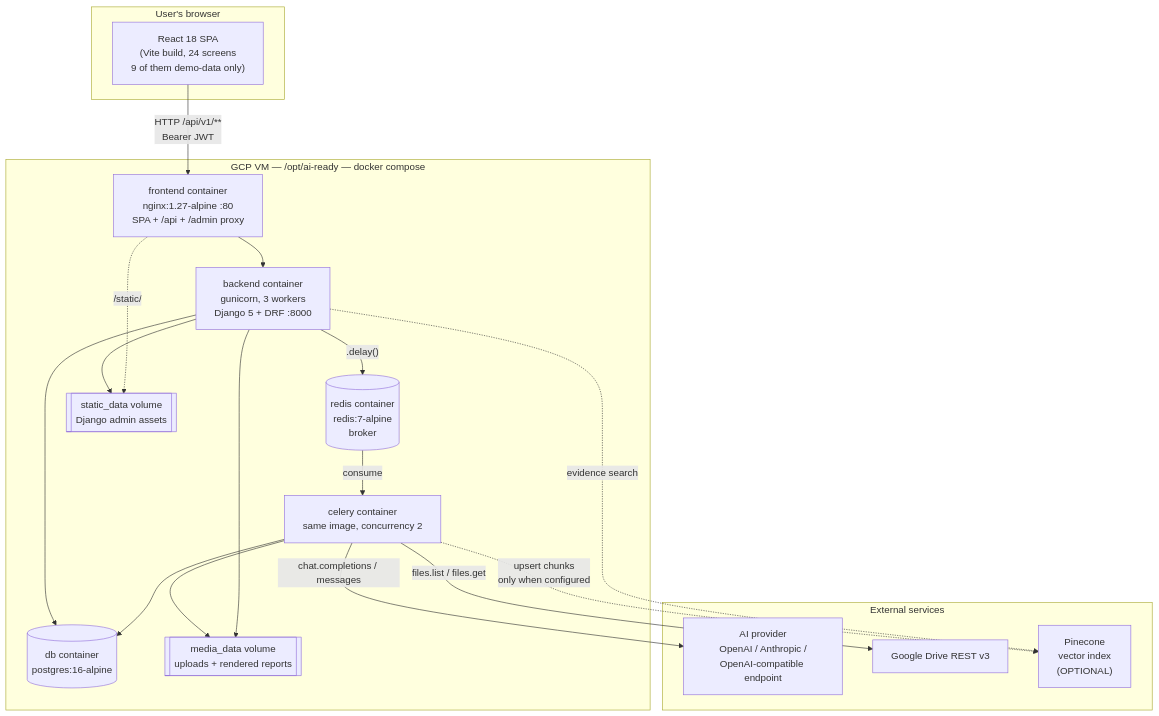
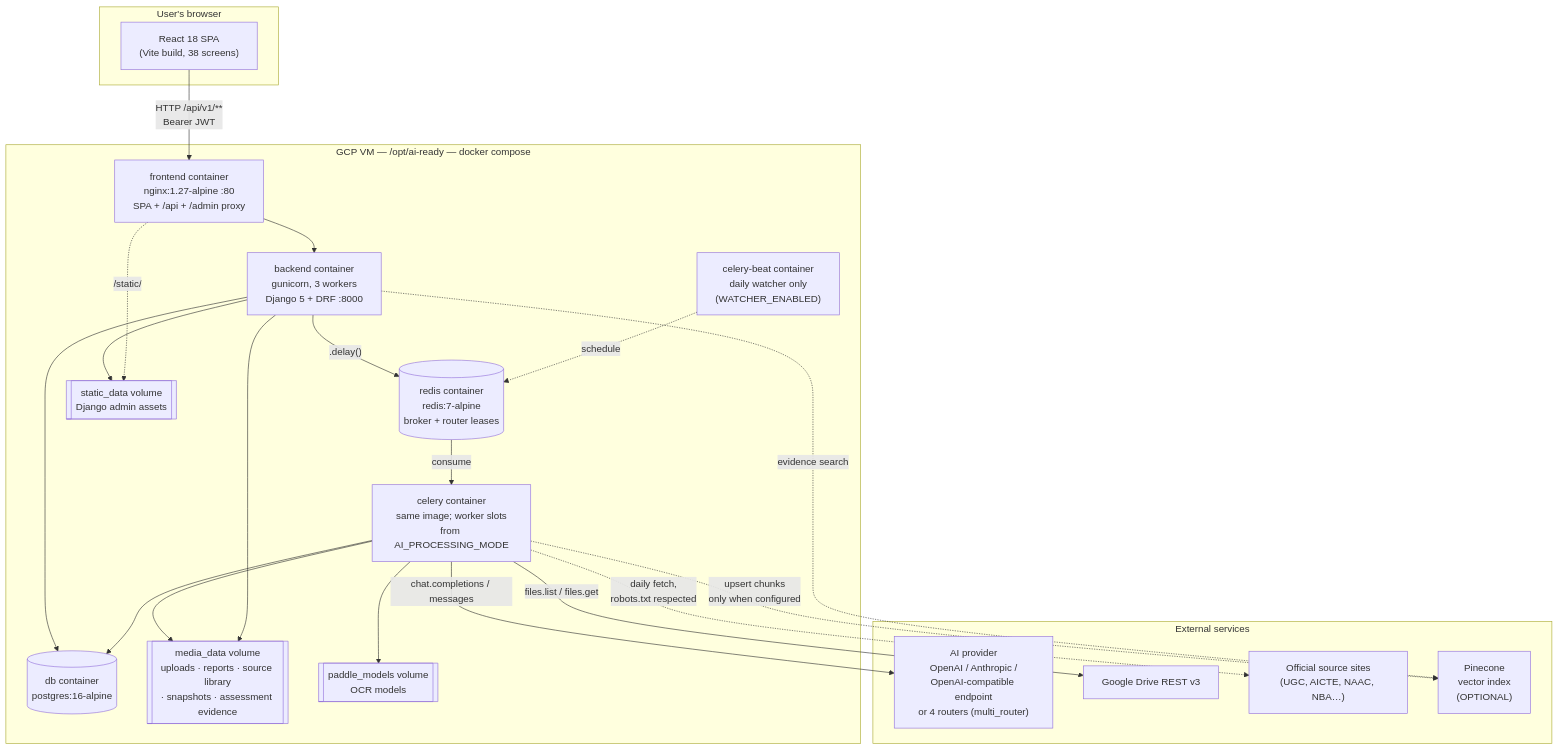
Before and after one commit to jagadesh-alpha8/AI-READY: the first of 21 diagrams in PROJECT_WORKFLOW_AND_TECHNICAL_REPORT.md, drawn with Mermaid. The commit also changed other lines of this file, not shown here.

````diff
--- a/PROJECT_WORKFLOW_AND_TECHNICAL_REPORT.md
+++ b/PROJECT_WORKFLOW_AND_TECHNICAL_REPORT.md
@@ -219,37 +252,43 @@
 ```mermaid
 graph TB
     subgraph Browser["User's browser"]
-        SPA["React 18 SPA<br/>(Vite build, 24 screens<br/>9 of them demo-data only)"]
+        SPA["React 18 SPA<br/>(Vite build, 38 screens)"]
     end
 
     subgraph VM["GCP VM — /opt/ai-ready — docker compose"]
         NGX["frontend container<br/>nginx:1.27-alpine :80<br/>SPA + /api + /admin proxy"]
         API["backend container<br/>gunicorn, 3 workers<br/>Django 5 + DRF :8000"]
-        CEL["celery container<br/>same image, concurrency 2"]
+        CEL["celery container<br/>same image; worker slots<br/>from AI_PROCESSING_MODE"]
+        BEAT["celery-beat container<br/>daily watcher only<br/>(WATCHER_ENABLED)"]
         PG[("db container<br/>postgres:16-alpine")]
-        RDS[("redis container<br/>redis:7-alpine<br/>broker")]
-        MEDIA[["media_data volume<br/>uploads + rendered reports"]]
+        RDS[("redis container<br/>redis:7-alpine<br/>broker + router leases")]
+        MEDIA[["media_data volume<br/>uploads · reports · source library<br/>· snapshots · assessment evidence"]]
+        PADDLE[["paddle_models volume<br/>OCR models"]]
         STATIC[["static_data volume<br/>Django admin assets"]]
     end
 
     subgraph Ext["External services"]
-        AI["AI provider<br/>OpenAI / Anthropic /<br/>OpenAI-compatible endpoint"]
+        AI["AI provider<br/>OpenAI / Anthropic /<br/>OpenAI-compatible endpoint<br/>or 4 routers (multi_router)"]
         GD["Google Drive REST v3"]
+        GOV["Official source sites<br/>(UGC, AICTE, NAAC, NBA…)"]
         PC["Pinecone<br/>vector index<br/>(OPTIONAL)"]
     end
 
     SPA -->|"HTTP /api/v1/**<br/>Bearer JWT"| NGX
     NGX --> API
     API --> PG
     API -->|".delay()"| RDS
+    BEAT -.->|"schedule"| RDS
     RDS -->|"consume"| CEL
     CEL --> PG
     CEL --> MEDIA
+    CEL --> PADDLE
     CEL -->|"chat.completions / messages"| AI
     CEL -->|"files.list / files.get"| GD
+    CEL -.->|"daily fetch,<br/>robots.txt respected"| GOV
     CEL -.->|"upsert chunks<br/>only when configured"| PC
     API -.->|"evidence search"| PC
     API --> MEDIA
     API --> STATIC
     NGX -.->|"/static/"| STATIC
 ```
````
